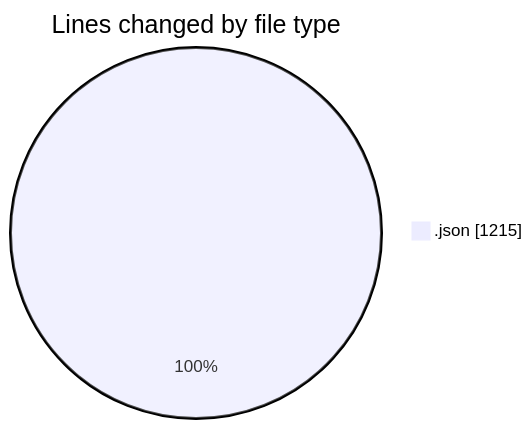
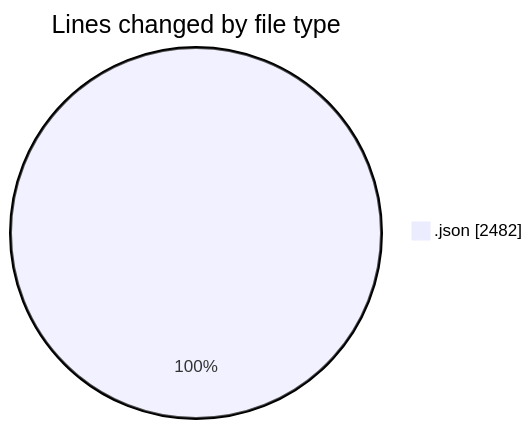
One commit to EIIisD/code-tracking changed the first of 2 diagrams in 2025-07-28/_claude/README.md. Above: the diagram before and after it, drawn with Mermaid. The commit also changed other lines of this file and 1 other file, not shown here.

````diff
--- a/2025-07-28/_claude/README.md
+++ b/2025-07-28/_claude/README.md
@@ -20,5 +20,5 @@
 ```mermaid
 pie showData
 title Lines changed by file type
-".json" : 1215
+".json" : 2482
 ```
````
